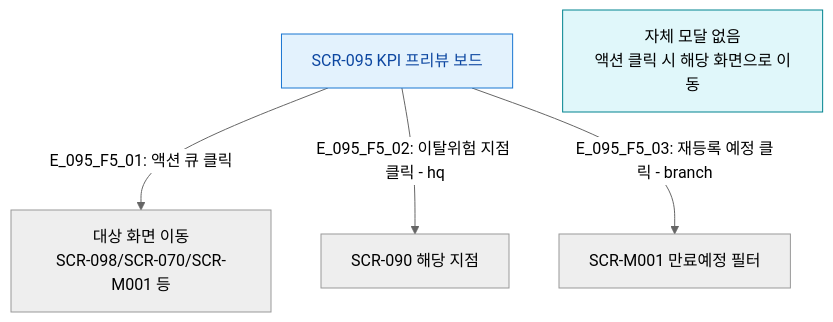
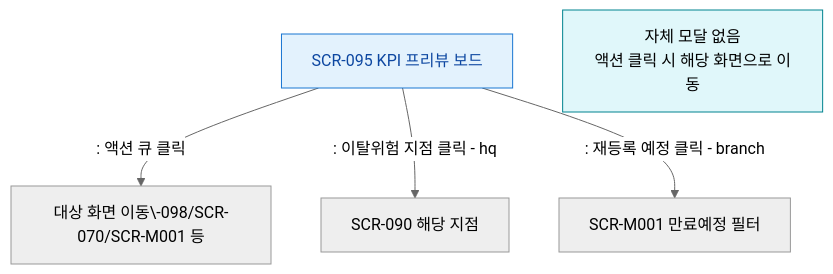
Before and after one commit to dev-spogym/admin-pando: the diagram in docs/다이어그램/D10_본사관리/SCR-095_KPI프리뷰보드/F5_모달트리거.md, drawn with Mermaid (neutral theme). The commit also changed other lines of this file and 1660 other files, not shown here.

First line of the commit message:
다이어그램: 기획자/클라이언트 납품본으로 정리

````diff
--- a/docs/다이어그램/D10_본사관리/SCR-095_KPI프리뷰보드/F5_모달트리거.md
+++ b/docs/다이어그램/D10_본사관리/SCR-095_KPI프리뷰보드/F5_모달트리거.md
@@ -14,15 +12,15 @@
 ```mermaid
 flowchart TD
   SCR_095[SCR-095 KPI 프리뷰 보드]
   Note[자체 모달 없음\n액션 클릭 시 해당 화면으로 이동]
 
-  SCR_095 -->|"E_095_F5_01: 액션 큐 클릭"| NavTarget[대상 화면 이동\nSCR-098/SCR-070/SCR-M001 등]
-  SCR_095 -->|"E_095_F5_02: 이탈위험 지점 클릭 - hq"| NavBranch[SCR-090 해당 지점]
-  SCR_095 -->|"E_095_F5_03: 재등록 예정 클릭 - branch"| NavMembers[SCR-M001 만료예정 필터]
+  SCR_095 -->|": 액션 큐 클릭"|NavTarget[대상 화면 이동\-098/SCR-070/SCR-M001 등]
+  SCR_095 -->|": 이탈위험 지점 클릭 - hq"|NavBranch[SCR-090 해당 지점]
+  SCR_095 -->|": 재등록 예정 클릭 - branch"|NavMembers[SCR-M001 만료예정 필터]
 
   classDef screen fill:#E3F2FD,stroke:#1976D2,color:#0D47A1
   classDef info fill:#E0F7FA,stroke:#00838F
 
   class SCR_095 screen
   class Note info
 ```
````
